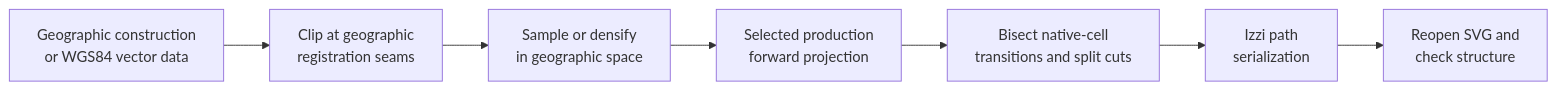
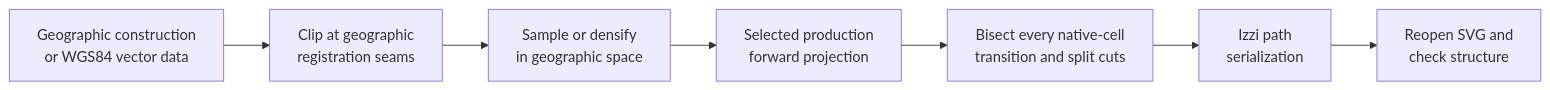
Before and after one commit to bdekoz/cartofreako: the diagram in docs/generation.md, drawn with Mermaid. The commit also changed other lines of this file and 8 other files, not shown here.

````diff
--- a/docs/generation.md
+++ b/docs/generation.md
@@ -173,12 +173,12 @@
 ```mermaid
 flowchart LR
   SOURCE["Geographic construction<br/>or WGS84 vector data"]
   CUT["Clip at geographic<br/>registration seams"]
   DENSE["Sample or densify<br/>in geographic space"]
   PROJECT["Selected production<br/>forward projection"]
-  SPLIT["Bisect native-cell<br/>transitions and split cuts"]
+  SPLIT["Bisect every native-cell<br/>transition and split cuts"]
   SVG["Izzi path<br/>serialization"]
   CHECK["Reopen SVG and<br/>check structure"]
 
   SOURCE --> CUT --> DENSE --> PROJECT --> SPLIT --> SVG --> CHECK
 ```
````
